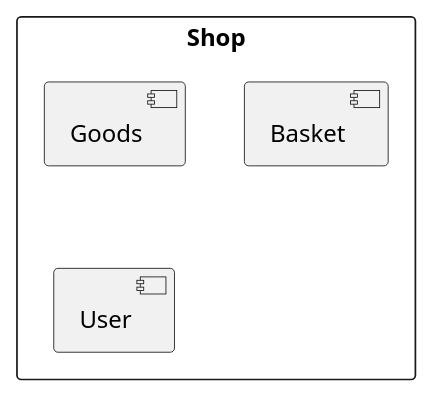
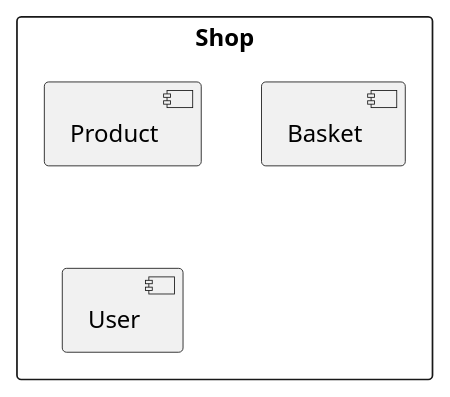
One commit to pine-org/pine-framework changed the diagram in tutorial/e-shop/document/diagrams/uml/ShopComponentDiagram.puml. Above: the diagram before and after it, drawn with PlantUML. The commit also changed 93 other files, not shown here.

Commit message:
rename Goods to Product init cache component added oracle profile

```diff
--- a/tutorial/e-shop/document/diagrams/uml/ShopComponentDiagram.puml
+++ b/tutorial/e-shop/document/diagrams/uml/ShopComponentDiagram.puml
@@ -1,8 +1,8 @@
 @startuml
 skinparam shadowing false
 rectangle "Shop" as shop{
-    component "Goods" as goods
+    component "Product" as product
     component "Basket" as basket
     component "User" as user
 }
 @enduml
```
